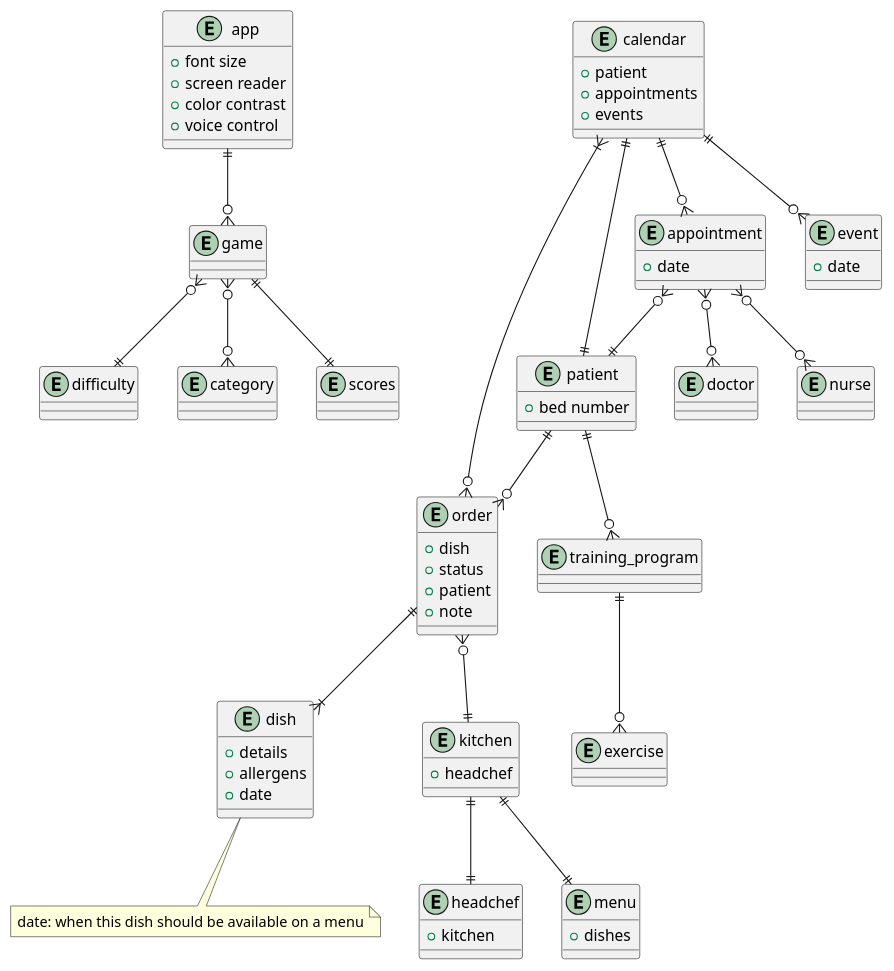
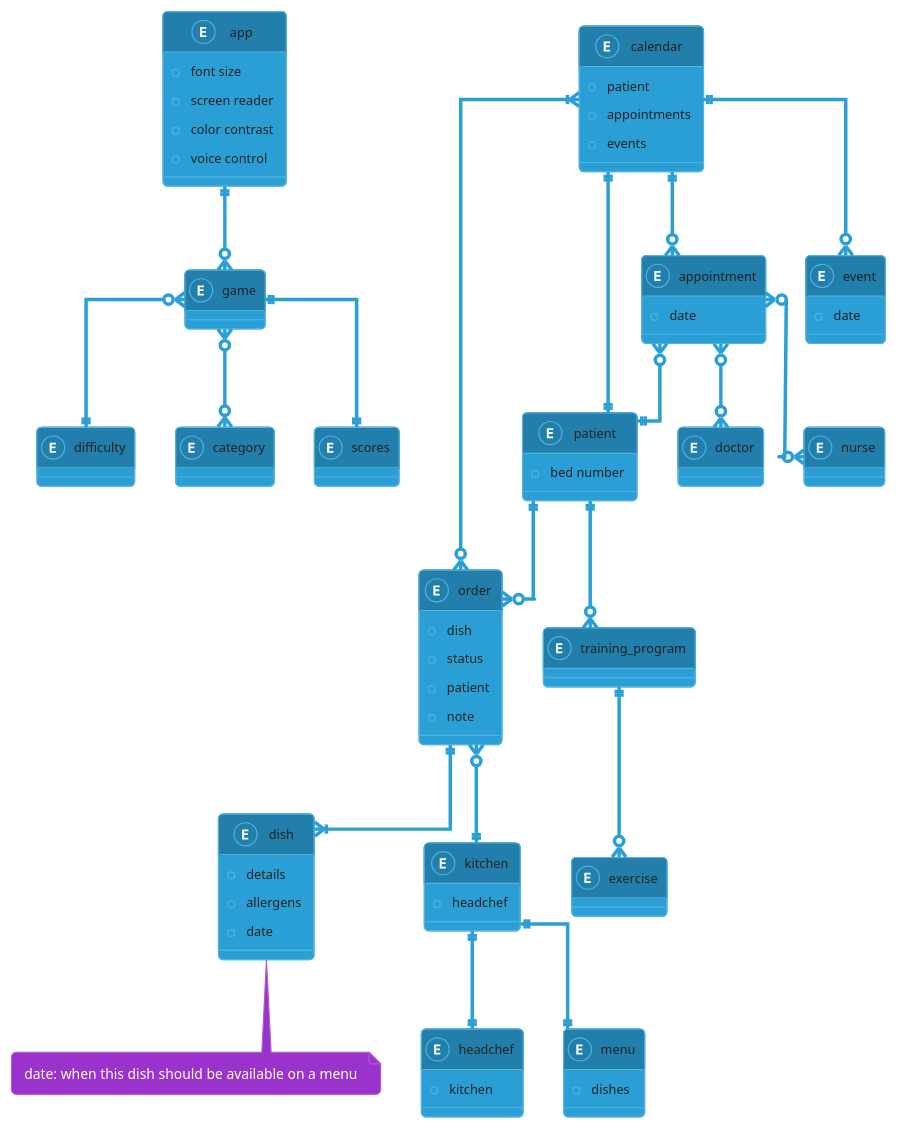
One commit to Oskar123456/SYSDAT-F25-TEAM-G changed the diagram in puml/domain-model.puml. Above: the diagram before and after it, drawn with PlantUML. The commit also changed 3 other files, not shown here.

```diff
--- a/puml/domain-model.puml
+++ b/puml/domain-model.puml
@@ -15,115 +15,117 @@
 @startuml
+!theme cyborg
+skinparam linetype ortho
 
 entity app {
     +font size
     +screen reader
     +color contrast
     +voice control
 }
 
 entity patient {
     +bed number
 }
 
 entity order {
     +dish
     +status
     +patient
     +note
 }
 
 entity dish {
     +details
     +allergens
     +date
 }
 note bottom: date: when this dish should be available on a menu
 
 entity kitchen {
     +headchef
 }
 
 entity game {
 }
 
 entity difficulty {
 }
 
 entity category {
 }
 
 entity scores {
 }
 
 entity headchef {
     +kitchen
 }
 
 entity menu {
     +dishes
 }
 
 entity calendar {
     +patient
     +appointments
     +events
 }
 
 entity appointment {
     +date
 }
 
 entity event {
     +date
 }
 
 entity doctor {
 }
 
 entity nurse {
 }
 
 entity training_program {
 }
 
 entity exercise {
 }
 
 /' 
 
     RELATIONS
     
 '/
 
 patient ||--o{ order
 order ||--|{ dish
 order }o--|| kitchen
 
 game }o--|| difficulty
 game }o--o{ category
 game ||--|| scores
 
 kitchen ||--|| menu
 kitchen ||--|| headchef
 
 calendar ||--o{ appointment
 calendar ||--o{ event
 calendar ||--|| patient
 calendar }|--o{ order
 
 appointment }o--|| patient
 appointment }o--o{ doctor
 appointment }o--o{ nurse
 
 patient ||--o{ training_program
 training_program ||--o{ exercise
 
 app ||--o{ game
 
 /' 
 
     NOTES 
     
 '/
 
 @enduml
```
